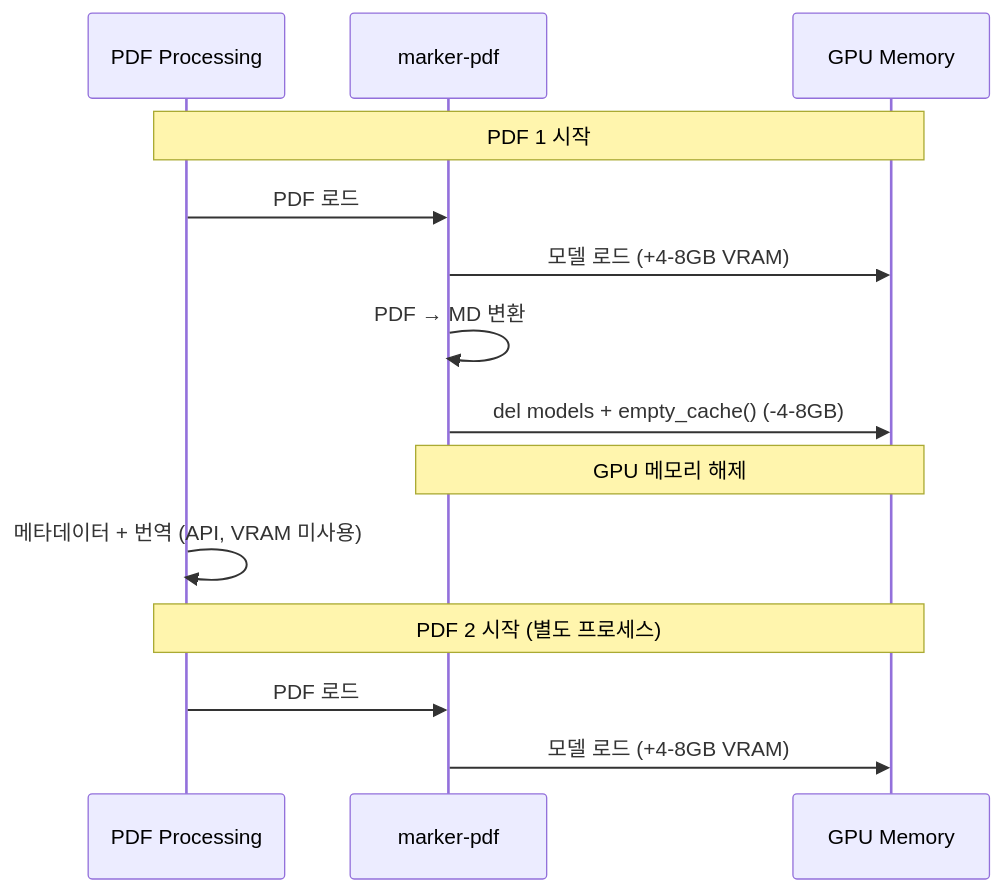
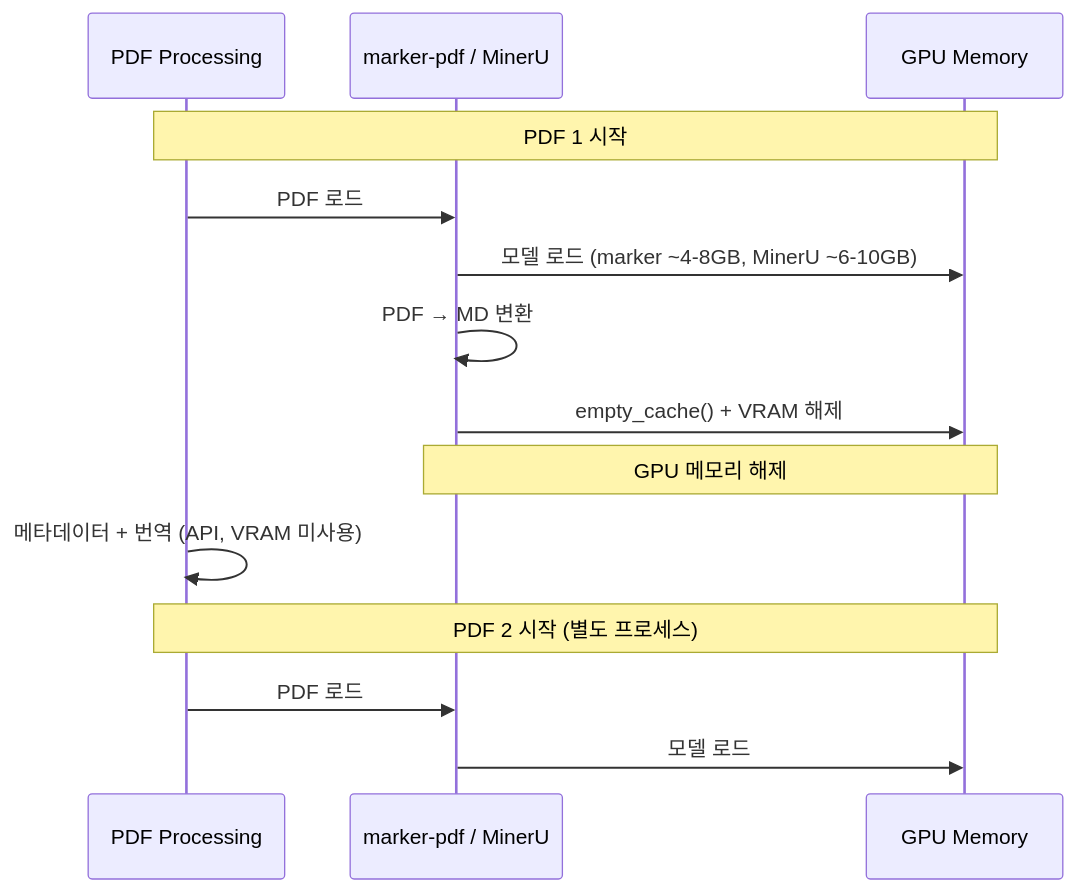
Before and after one commit to restful3/paperflow: the fifth of 6 diagrams in README.md, drawn with Mermaid. The commit also changed other lines of this file and 8 other files, not shown here.

````diff
--- a/README.md
+++ b/README.md
@@ -510,19 +567,19 @@
 ```mermaid
 sequenceDiagram
     participant P as PDF Processing
-    participant M as marker-pdf
+    participant E as marker-pdf / MinerU
     participant G as GPU Memory
 
     Note over P,G: PDF 1 시작
-    P->>M: PDF 로드
-    M->>G: 모델 로드 (+4-8GB VRAM)
-    M->>M: PDF → MD 변환
-    M->>G: del models + empty_cache() (-4-8GB)
-    Note over M,G: GPU 메모리 해제
+    P->>E: PDF 로드
+    E->>G: 모델 로드 (marker ~4-8GB, MinerU ~6-10GB)
+    E->>E: PDF → MD 변환
+    E->>G: empty_cache() + VRAM 해제
+    Note over E,G: GPU 메모리 해제
 
     P->>P: 메타데이터 + 번역 (API, VRAM 미사용)
 
     Note over P,G: PDF 2 시작 (별도 프로세스)
-    P->>M: PDF 로드
-    M->>G: 모델 로드 (+4-8GB VRAM)
+    P->>E: PDF 로드
+    E->>G: 모델 로드
 ```
````
